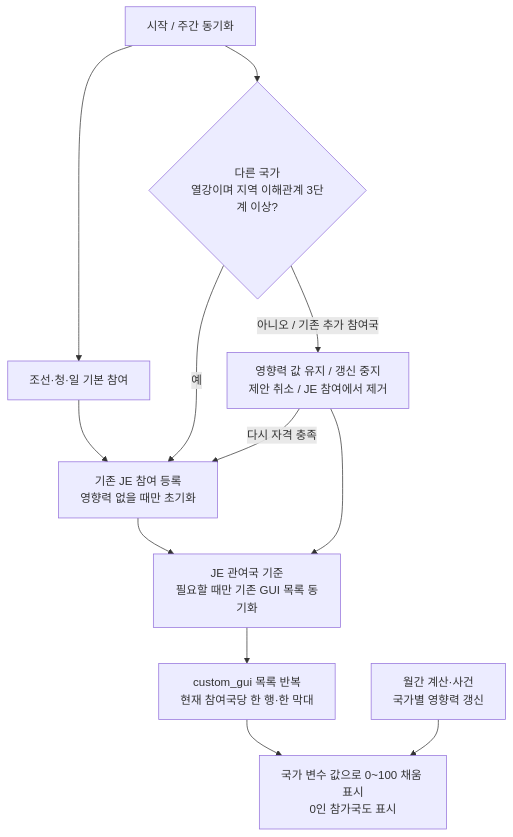
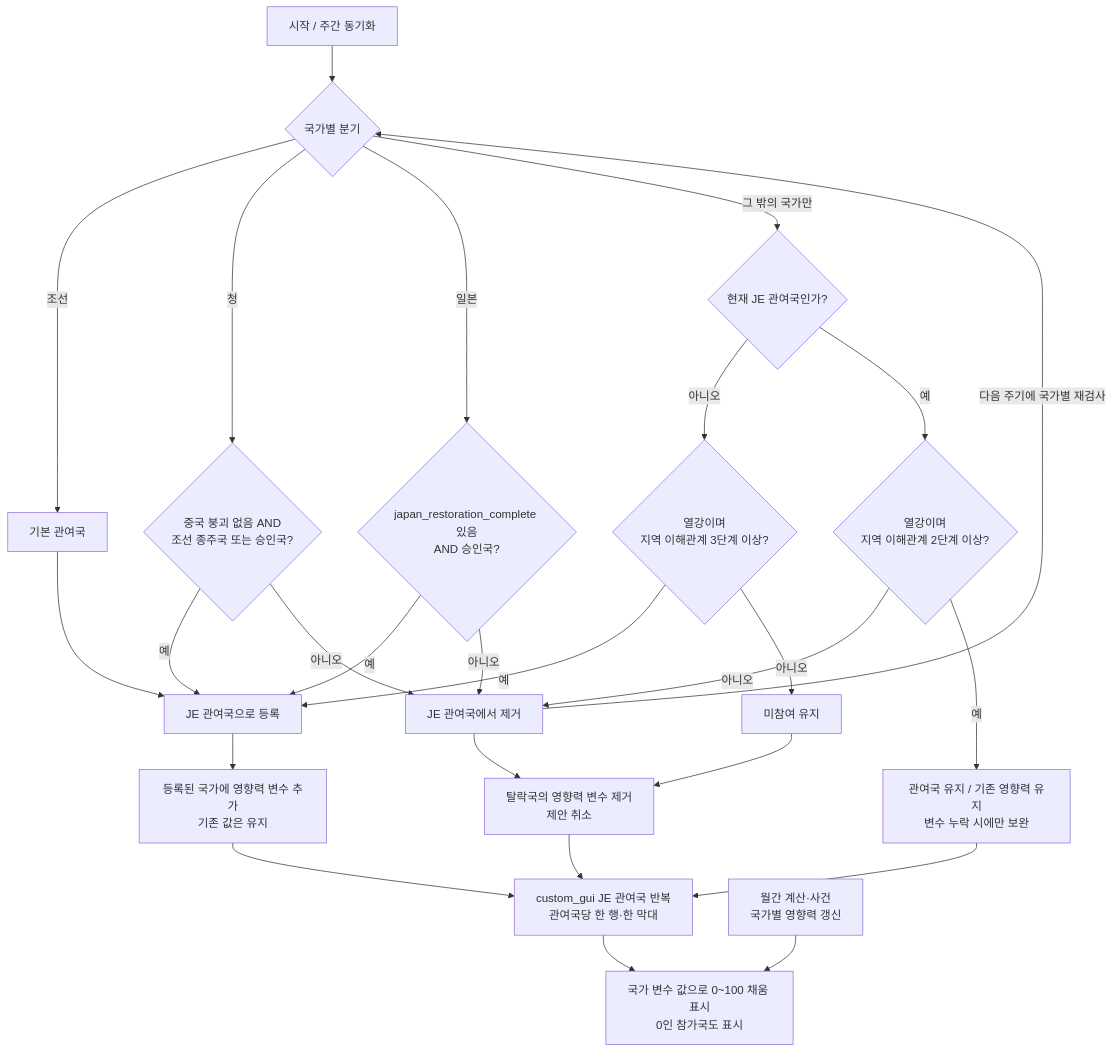
The second of 3 diagrams in scratch/scramble_for_korea_journal_design_plan.md (East-Asia-Flavor-Pack/East-Asia-Flavor-Pack), drawn with Mermaid before and after one commit. The commit also changed other lines of this file, not shown here.

````diff
--- a/scratch/scramble_for_korea_journal_design_plan.md
+++ b/scratch/scramble_for_korea_journal_design_plan.md
@@ -307,14 +379,28 @@
 ```mermaid
 flowchart TD
-    T["시작 / 주간 동기화"] --> CORE["조선·청·일 기본 참여"]
-    T --> EL{"다른 국가<br/>열강이며 지역 이해관계 3단계 이상?"}
-    CORE --> JOIN["기존 JE 참여 등록<br/>영향력 없을 때만 초기화"]
+    T["시작 / 주간 동기화"] --> TAG{"국가별 분기"}
+    TAG -->|조선| CORE["기본 관여국"]
+    TAG -->|청| CHI{"중국 붕괴 없음 AND<br/>조선 종주국 또는 승인국?"}
+    TAG -->|일본| JAP{"japan_restoration_complete 있음<br/>AND 승인국?"}
+    CHI -->|예| JOIN
+    JAP -->|예| JOIN
+    CHI -->|아니오| EXIT
+    JAP -->|아니오| EXIT
+    TAG -->|그 밖의 국가만| ACTIVE{"현재 JE 관여국인가?"}
+    ACTIVE -->|아니오| EL{"열강이며<br/>지역 이해관계 3단계 이상?"}
+    ACTIVE -->|예| KEEP{"열강이며<br/>지역 이해관계 2단계 이상?"}
+    CORE --> JOIN["JE 관여국으로 등록"]
     EL -->|예| JOIN
-    EL -->|아니오 / 기존 추가 참여국| EXIT["영향력 값 유지 / 갱신 중지<br/>제안 취소 / JE 참여에서 제거"]
-    JOIN --> LIST["JE 관여국 기준<br/>필요할 때만 기존 GUI 목록 동기화"]
-    EXIT --> LIST
-    LIST --> GUI["custom_gui 목록 반복<br/>현재 참여국당 한 행·한 막대"]
+    EL -->|아니오| WAIT["미참여 유지"]
+    KEEP -->|아니오| EXIT["JE 관여국에서 제거"]
+    KEEP -->|예| RETAIN["관여국 유지 / 기존 영향력 유지<br/>변수 누락 시에만 보완"]
+    JOIN --> INIT["등록된 국가에 영향력 변수 추가<br/>기존 값은 유지"]
+    EXIT --> CLEAR["탈락국의 영향력 변수 제거<br/>제안 취소"]
+    WAIT --> CLEAR
+    INIT --> GUI["custom_gui JE 관여국 반복<br/>관여국당 한 행·한 막대"]
+    CLEAR --> GUI
+    RETAIN --> GUI
     GUI --> VALUE["국가 변수 값으로 0~100 채움 표시<br/>0인 참가국도 표시"]
     SCORE["월간 계산·사건<br/>국가별 영향력 갱신"] --> VALUE
-    EXIT -->|다시 자격 충족| JOIN
+    EXIT -->|다음 주기에 국가별 재검사| TAG
 ```
````
